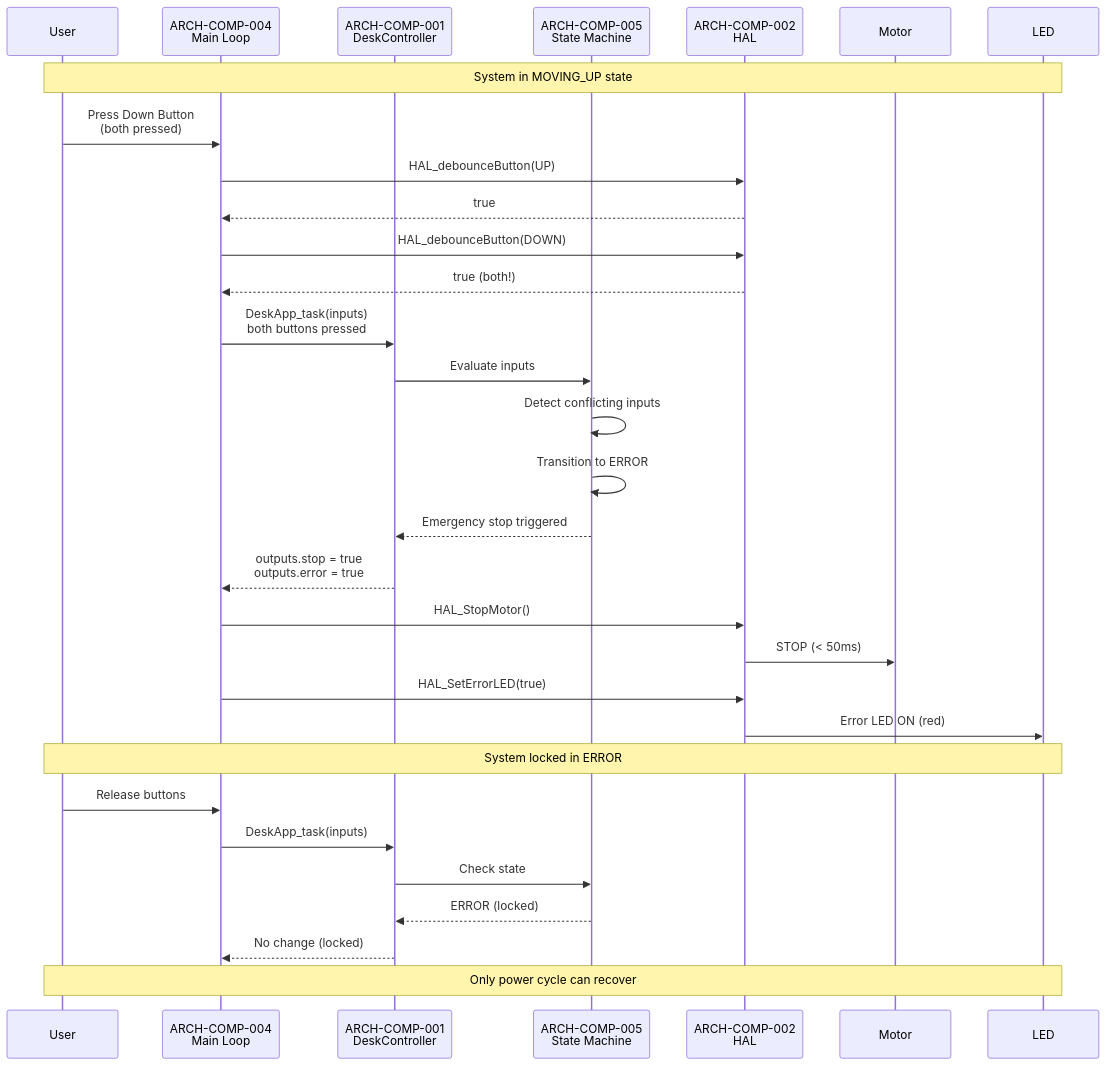
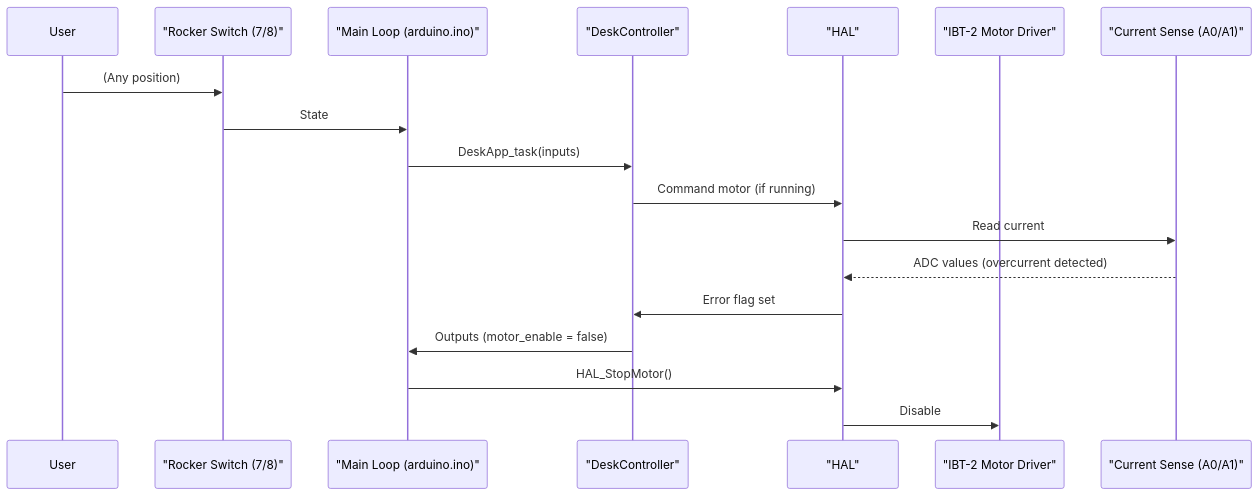
One commit to aperico/deskautomation changed the fifth of 7 diagrams in documentation/SoftwareArchitecture.md. Above: the diagram before and after it, drawn with Mermaid. The commit also changed other lines of this file and 17 other files, not shown here.

````diff
--- a/documentation/SoftwareArchitecture.md
+++ b/documentation/SoftwareArchitecture.md
@@ -656,43 +657,21 @@
 ```mermaid
 sequenceDiagram
     participant User
-    participant MainLoop as ARCH-COMP-004<br/>Main Loop
-    participant App as ARCH-COMP-001<br/>DeskController
-    participant SM as ARCH-COMP-005<br/>State Machine
-    participant HAL as ARCH-COMP-002<br/>HAL
-    participant Motor
-    participant LED
-    
-    Note over User,LED: System in MOVING_UP state
-    
-    User->>MainLoop: Press Down Button<br/>(both pressed)
-    MainLoop->>HAL: HAL_debounceButton(UP)
-    HAL-->>MainLoop: true
-    MainLoop->>HAL: HAL_debounceButton(DOWN)
-    HAL-->>MainLoop: true (both!)
-    
-    MainLoop->>App: DeskApp_task(inputs)<br/>both buttons pressed
-    
-    App->>SM: Evaluate inputs
-    SM->>SM: Detect conflicting inputs
-    SM->>SM: Transition to ERROR
-    SM-->>App: Emergency stop triggered
-    
-    App-->>MainLoop: outputs.stop = true<br/>outputs.error = true
-    
-    MainLoop->>HAL: HAL_StopMotor()
-    HAL->>Motor: STOP (< 50ms)
-    
-    MainLoop->>HAL: HAL_SetErrorLED(true)
-    HAL->>LED: Error LED ON (red)
-    
-    Note over User,LED: System locked in ERROR
-    
-    User->>MainLoop: Release buttons
-    MainLoop->>App: DeskApp_task(inputs)
-    App->>SM: Check state
-    SM-->>App: ERROR (locked)
-    App-->>MainLoop: No change (locked)
-    
-    Note over User,LED: Only power cycle can recover
+    participant Switch as "Rocker Switch (7/8)"
+    participant MainLoop as "Main Loop (arduino.ino)"
+    participant AppLogic as "DeskController"
+    participant HAL as "HAL"
+    participant Motor as "IBT-2 Motor Driver"
+    participant CurrentSense as "Current Sense (A0/A1)"
+
+    User ->> Switch: (Any position)
+    Switch ->> MainLoop: State
+    MainLoop ->> AppLogic: DeskApp_task(inputs)
+    AppLogic ->> HAL: Command motor (if running)
+    HAL ->> CurrentSense: Read current
+    CurrentSense -->> HAL: ADC values (overcurrent detected)
+    HAL ->> AppLogic: Error flag set
+    AppLogic ->> MainLoop: Outputs (motor_enable = false)
+    MainLoop ->> HAL: HAL_StopMotor()
+    HAL ->> Motor: Disable
 ```
````
